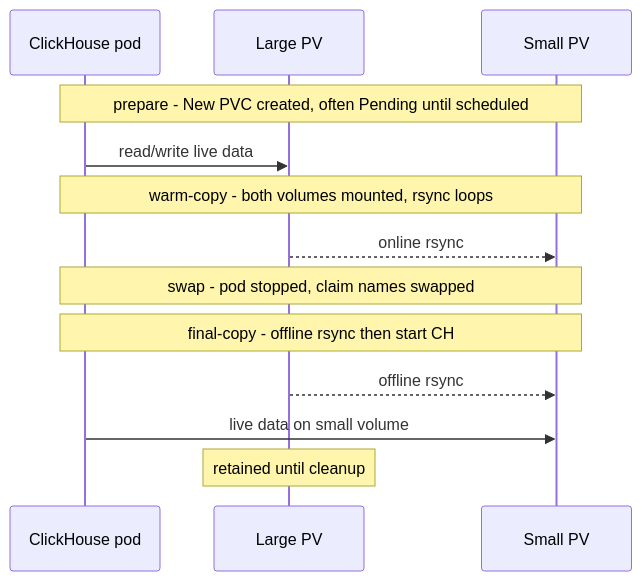
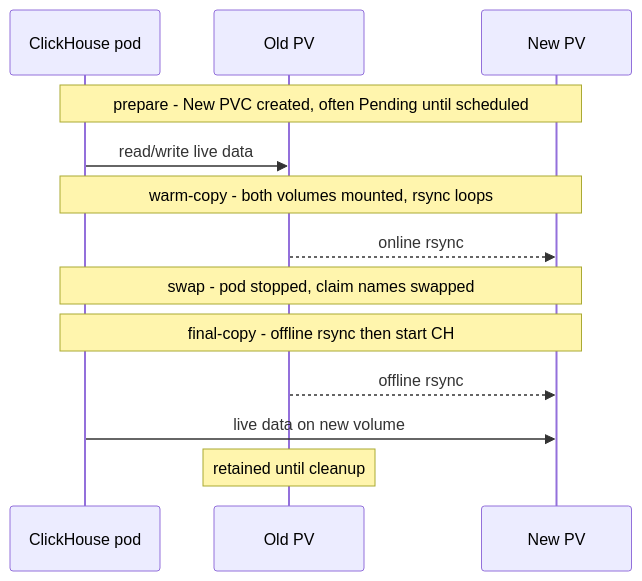
One commit to Altinity/clickhouse-operator changed the third of 3 diagrams in tools/volume_downscale.md. Above: the diagram before and after it, drawn with Mermaid. The commit also changed other lines of this file and 1 other file, not shown here.

First line of the commit message:
tools: volume_downscale.sh can change the StorageClass

````diff
--- a/tools/volume_downscale.md
+++ b/tools/volume_downscale.md
@@ -121,16 +129,16 @@
 ```mermaid
 sequenceDiagram
   participant CH as ClickHouse pod
-  participant Old as Large PV
-  participant New as Small PV
+  participant Old as Old PV
+  participant New as New PV
 
   Note over CH,New: prepare - New PVC created, often Pending until scheduled
   CH->>Old: read/write live data
   Note over CH,New: warm-copy - both volumes mounted, rsync loops
   Old-->>New: online rsync
   Note over CH,New: swap - pod stopped, claim names swapped
   Note over CH,New: final-copy - offline rsync then start CH
   Old-->>New: offline rsync
-  CH->>New: live data on small volume
+  CH->>New: live data on new volume
   Note over Old: retained until cleanup
 ```
````
